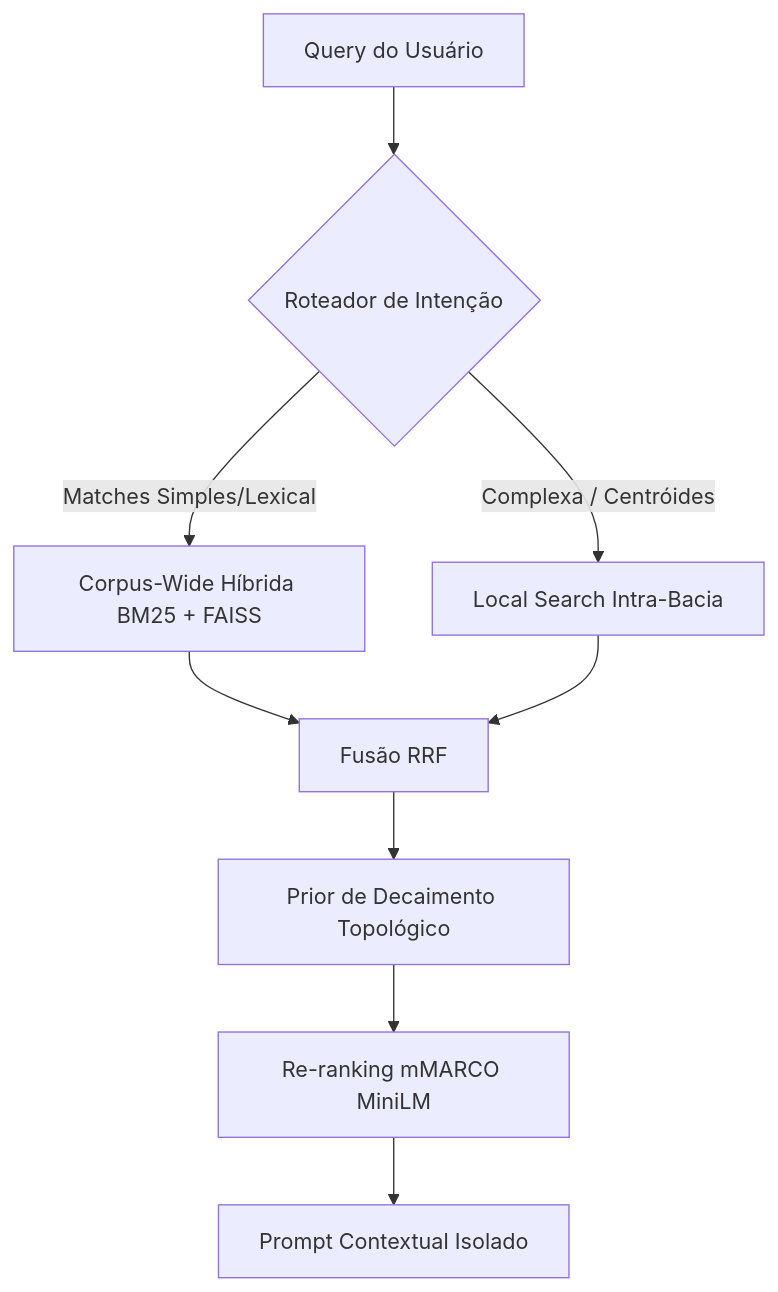
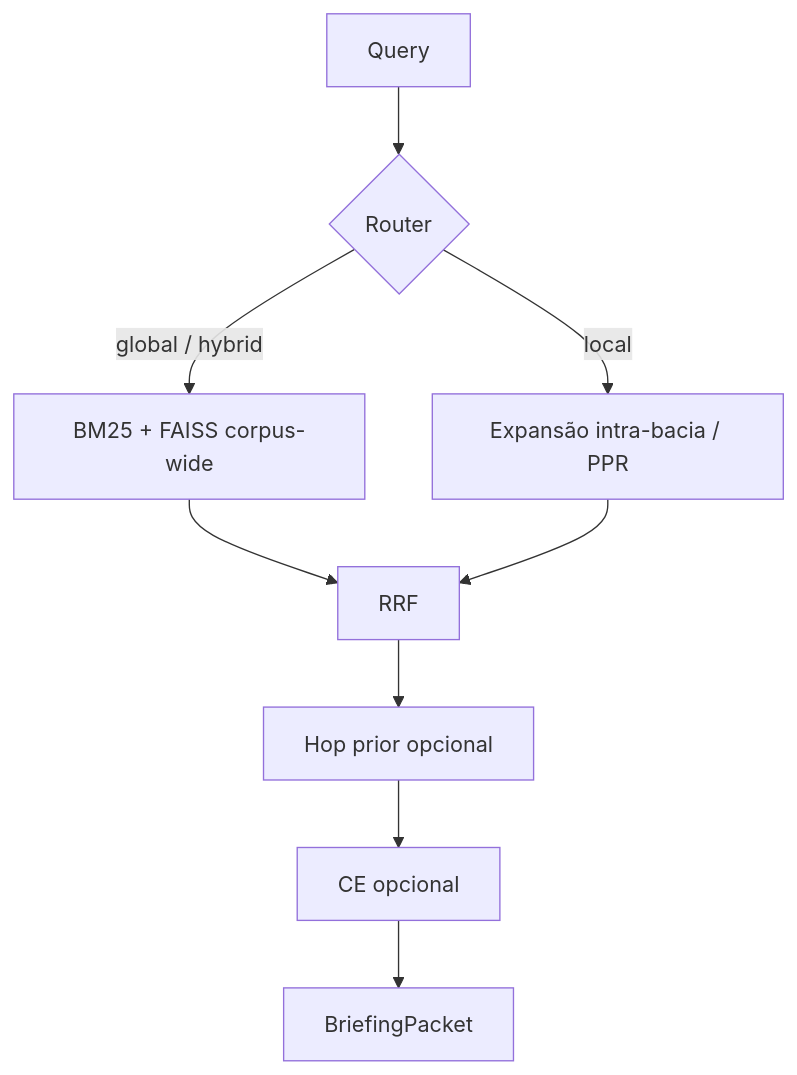
The second of 2 diagrams in ARCHITECTURE.md (Basinfy/BasinRAG), drawn with Mermaid before and after one commit. The commit also changed other lines of this file and 43 other files, not shown here.

First line of the commit message:
Improve hybrid recall pipeline and document BasinRAG as briefing-map RAG.

````diff
--- a/ARCHITECTURE.md
+++ b/ARCHITECTURE.md
@@ -67,13 +65,11 @@
 ```mermaid
 graph TD
-    Q[Query do Usuário] --> IR{Roteador de Intenção}
-    IR -->|Matches Simples/Lexical| C[Corpus-Wide Híbrida BM25 + FAISS]
-    IR -->|Complexa / Centróides| L[Local Search Intra-Bacia]
-    
-    C --> RRF[Fusão RRF]
+    Q[Query] --> IR{Router}
+    IR -->|global / hybrid| C[BM25 + FAISS corpus-wide]
+    IR -->|local| L[Expansão intra-bacia / PPR]
+    C --> RRF[RRF]
     L --> RRF
-    
-    RRF --> Decay[Prior de Decaimento Topológico]
-    Decay --> RR[Re-ranking mMARCO MiniLM]
-    RR --> Context[Prompt Contextual Isolado]
+    RRF --> Hop[Hop prior opcional]
+    Hop --> RR[CE opcional]
+    RR --> Pack[BriefingPacket]
 ```
````
